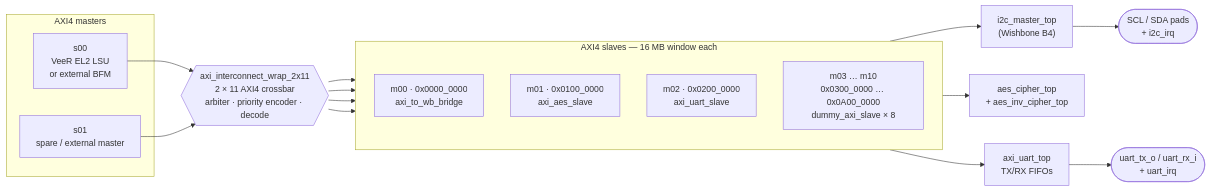
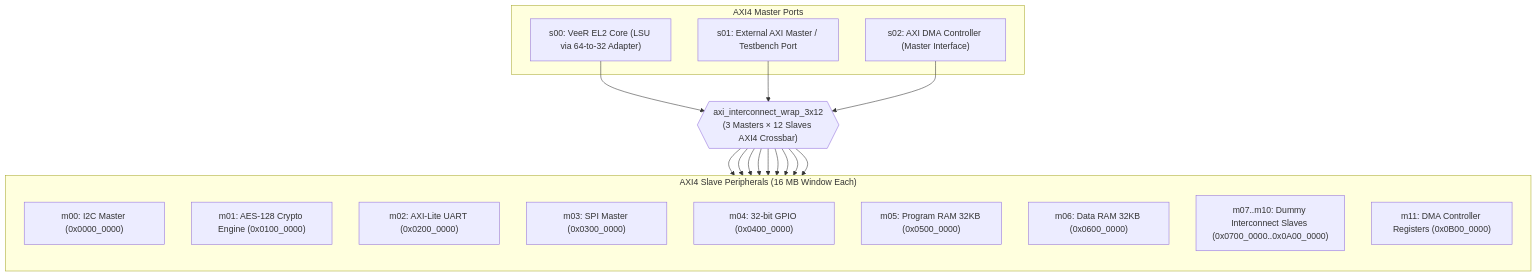
One commit to guntabhumesh/Secure-IoT-Gateway-SoC changed the second of 3 diagrams in README.md. Above: the diagram before and after it, drawn with Mermaid. The commit also changed other lines of this file, not shown here.

Commit message:
Update README with 3x12 AXI4 architecture, all-IP firmware verification, and quick start

````diff
--- a/README.md
+++ b/README.md
@@ -79,29 +85,37 @@
 ```mermaid
-flowchart LR
-    subgraph MASTERS["AXI4 masters"]
-        S00["s00<br/>VeeR EL2 LSU<br/>or external BFM"]
-        S01["s01<br/>spare / external master"]
+flowchart TD
+    subgraph MASTERS["AXI4 Master Ports"]
+        M_CPU["s00: VeeR EL2 Core (LSU via 64-to-32 Adapter)"]
+        M_EXT["s01: External AXI Master / Testbench Port"]
+        M_DMA["s02: AXI DMA Controller (Master Interface)"]
     end
 
-    XBAR{{"axi_interconnect_wrap_2x11<br/>2 × 11 AXI4 crossbar<br/>arbiter · priority encoder · decode"}}
+    XBAR{{"axi_interconnect_wrap_3x12<br/>(3 Masters × 12 Slaves AXI4 Crossbar)"}}
 
-    S00 --> XBAR
-    S01 --> XBAR
+    M_CPU --> XBAR
+    M_EXT --> XBAR
+    M_DMA --> XBAR
 
-    subgraph SLAVES["AXI4 slaves — 16 MB window each"]
+    subgraph SLAVES["AXI4 Slave Peripherals (16 MB Window Each)"]
         direction TB
-        M00["m00 · 0x0000_0000<br/>axi_to_wb_bridge"]
-        M01["m01 · 0x0100_0000<br/>axi_aes_slave"]
-        M02["m02 · 0x0200_0000<br/>axi_uart_slave"]
-        M03["m03 … m10<br/>0x0300_0000 … 0x0A00_0000<br/>dummy_axi_slave × 8"]
+        S00["m00: I2C Master (0x0000_0000)"]
+        S01["m01: AES-128 Crypto Engine (0x0100_0000)"]
+        S02["m02: AXI-Lite UART (0x0200_0000)"]
+        S03["m03: SPI Master (0x0300_0000)"]
+        S04["m04: 32-bit GPIO (0x0400_0000)"]
+        S05["m05: Program RAM 32KB (0x0500_0000)"]
+        S06["m06: Data RAM 32KB (0x0600_0000)"]
+        S07["m07..m10: Dummy Interconnect Slaves (0x0700_0000..0x0A00_0000)"]
+        S11["m11: DMA Controller Registers (0x0B00_0000)"]
     end
 
-    XBAR --> M00
-    XBAR --> M01
-    XBAR --> M02
-    XBAR --> M03
-
-    M00 --> I2C["i2c_master_top<br/>(Wishbone B4)"] --> I2CPADS(["SCL / SDA pads<br/>+ i2c_irq"])
-    M01 --> AES["aes_cipher_top<br/>+ aes_inv_cipher_top"]
-    M02 --> UART["axi_uart_top<br/>TX/RX FIFOs"] --> UARTPADS(["uart_tx_o / uart_rx_i<br/>+ uart_irq"])
+    XBAR --> S00
+    XBAR --> S01
+    XBAR --> S02
+    XBAR --> S03
+    XBAR --> S04
+    XBAR --> S05
+    XBAR --> S06
+    XBAR --> S07
+    XBAR --> S11
 ```
````
